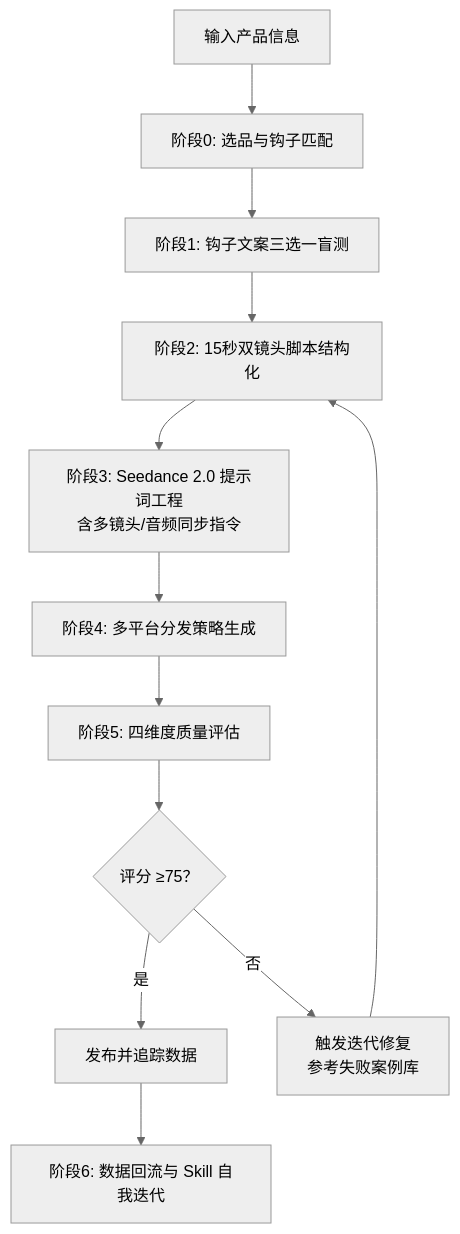
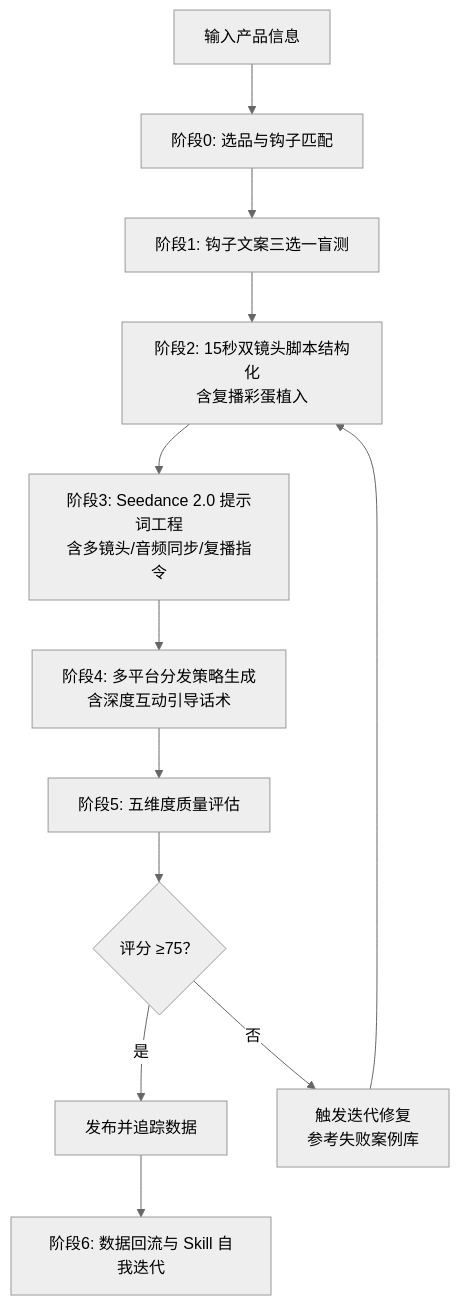
Before and after one commit to qq547820639/tiktok-ad-video-skill: the diagram in README.md, drawn with Mermaid (neutral theme). The commit also changed other lines of this file, not shown here.

````diff
--- a/README.md
+++ b/README.md
@@ -66,14 +72,14 @@
 ```mermaid
 graph TD
     A[输入产品信息] --> B[阶段0: 选品与钩子匹配]
     B --> C[阶段1: 钩子文案三选一盲测]
-    C --> D[阶段2: 15秒双镜头脚本结构化]
-    D --> E[阶段3: Seedance 2.0 提示词工程<br/>含多镜头/音频同步指令]
-    E --> F[阶段4: 多平台分发策略生成]
-    F --> G[阶段5: 四维度质量评估]
+    C --> D[阶段2: 15秒双镜头脚本结构化<br/>含复播彩蛋植入]
+    D --> E[阶段3: Seedance 2.0 提示词工程<br/>含多镜头/音频同步/复播指令]
+    E --> F[阶段4: 多平台分发策略生成<br/>含深度互动引导话术]
+    F --> G[阶段5: 五维度质量评估]
     G --> H{评分 ≥75？}
     H -->|是| I[发布并追踪数据]
     H -->|否| J[触发迭代修复<br/>参考失败案例库]
     I --> K[阶段6: 数据回流与 Skill 自我迭代]
     J --> D
 ```
````
